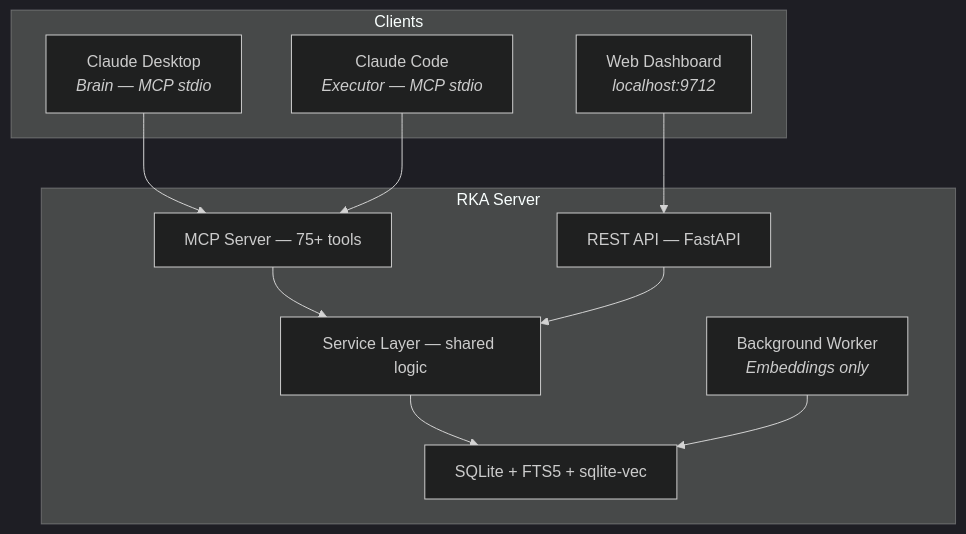
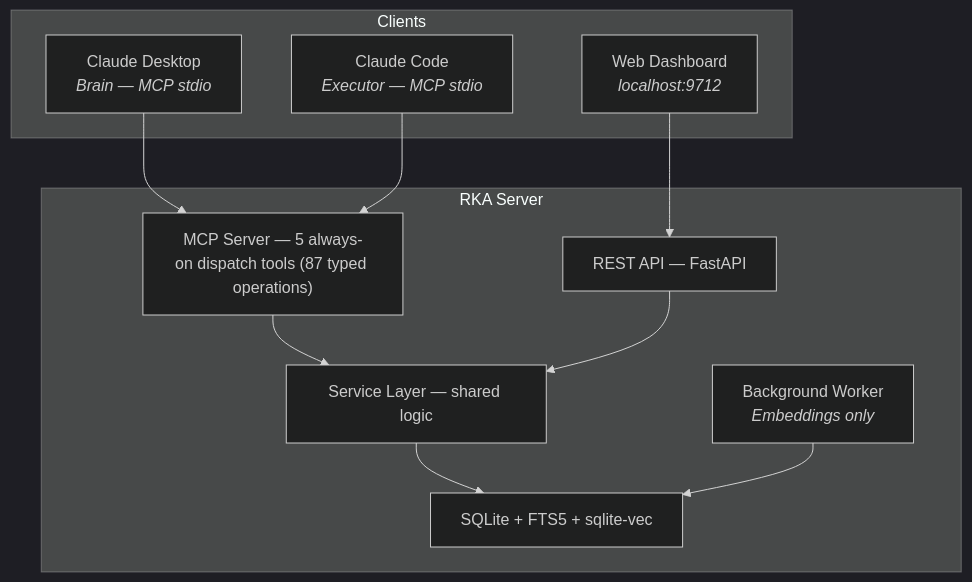
One commit to infinitywings/rka changed the fourth of 4 diagrams in README.md. Above: the diagram before and after it, drawn with Mermaid (dark theme). The commit also changed other lines of this file and 19 other files, not shown here.

````diff
--- a/README.md
+++ b/README.md
@@ -210,24 +225,24 @@
 ```mermaid
 graph TD
     subgraph Clients
         CD["Claude Desktop<br/><i>Brain — MCP stdio</i>"]
         CC["Claude Code<br/><i>Executor — MCP stdio</i>"]
         WEB["Web Dashboard<br/><i>localhost:9712</i>"]
     end
 
     subgraph "RKA Server"
-        MCP["MCP Server — 75+ tools"]
+        MCP["MCP Server — 5 always-on dispatch tools (87 typed operations)"]
         API["REST API — FastAPI"]
         SVC["Service Layer — shared logic"]
         DB["SQLite + FTS5 + sqlite-vec"]
         WORKER["Background Worker<br/><i>Embeddings only</i>"]
     end
 
     CD --> MCP
     CC --> MCP
     WEB --> API
     MCP --> SVC
     API --> SVC
     SVC --> DB
     WORKER --> DB
 ```
````
